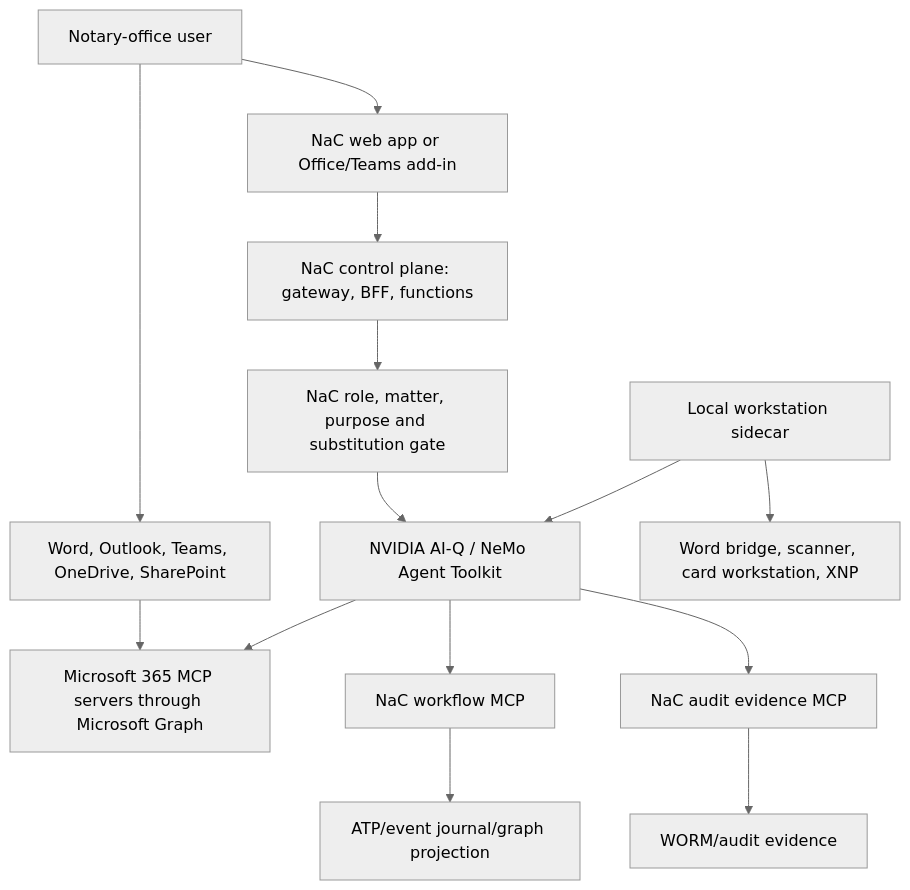
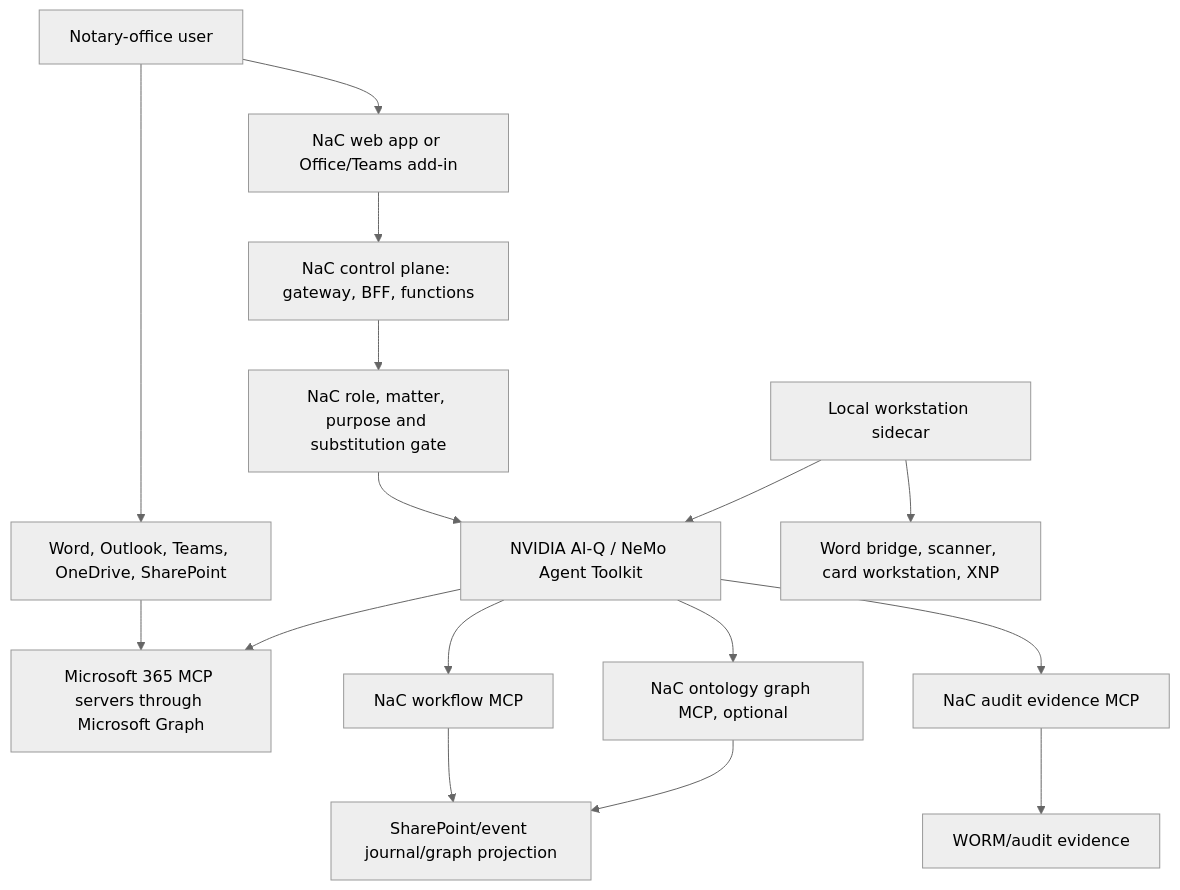
One commit to notariat8/NaC changed the diagram in docs/en/architecture/nemo-agent-toolkit-aiq-m365.md. Above: the diagram before and after it, drawn with Mermaid (neutral theme). The commit also changed other lines of this file and 49 other files, not shown here.

Commit message:
docs: align runbooks with M365 final architecture

````diff
--- a/docs/en/architecture/nemo-agent-toolkit-aiq-m365.md
+++ b/docs/en/architecture/nemo-agent-toolkit-aiq-m365.md
@@ -66,16 +66,18 @@
 ```mermaid
 flowchart TD
     User["Notary-office user"] --> Office["Word, Outlook, Teams, OneDrive, SharePoint"]
     Office --> M365Mcp["Microsoft 365 MCP servers through Microsoft Graph"]
     User --> NacUi["NaC web app or Office/Teams add-in"]
     NacUi --> Control["NaC control plane: gateway, BFF, functions"]
     Control --> Access["NaC role, matter, purpose and substitution gate"]
     Access --> Agent["NVIDIA AI-Q / NeMo Agent Toolkit"]
     Agent --> M365Mcp
     Agent --> WorkflowMcp["NaC workflow MCP"]
     Agent --> AuditMcp["NaC audit evidence MCP"]
-    WorkflowMcp --> Store["ATP/event journal/graph projection"]
+    Agent --> OntologyMcp["NaC ontology graph MCP, optional"]
+    WorkflowMcp --> Store["SharePoint/event journal/graph projection"]
+    OntologyMcp --> Store
     AuditMcp --> Evidence["WORM/audit evidence"]
     Local["Local workstation sidecar"] --> Agent
     Local --> Devices["Word bridge, scanner, card workstation, XNP"]
 ```
````
